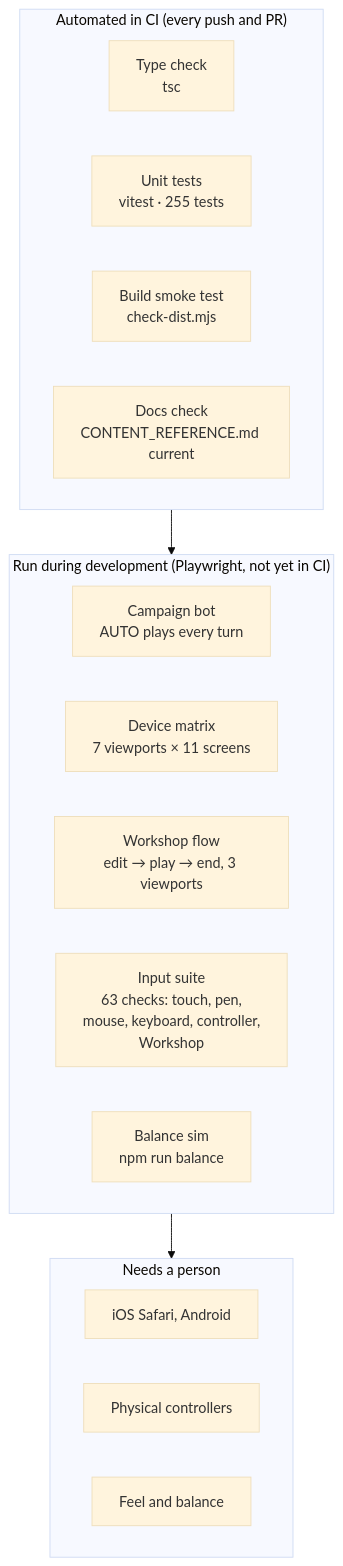
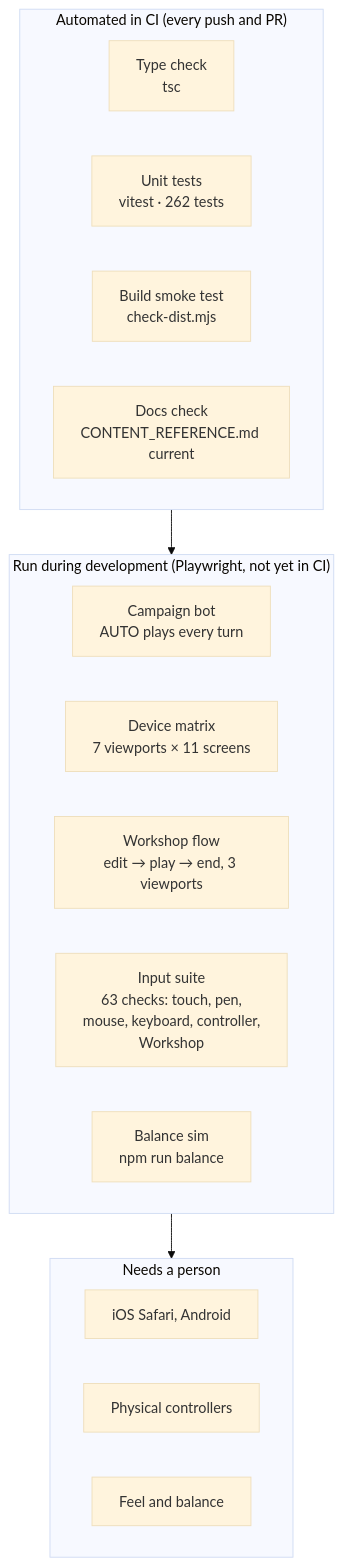
The diagram in docs/TESTING.md (CptNope/Chess-RPG-Tactics), drawn with Mermaid (base theme) before and after one commit. The commit also changed other lines of this file and 19 other files, not shown here.

````diff
--- a/docs/TESTING.md
+++ b/docs/TESTING.md
@@ -9,22 +9,22 @@
 ```mermaid
 flowchart TB
     subgraph Auto["Automated in CI (every push and PR)"]
         T1["Type check<br/>tsc"]
-        T2["Unit tests<br/>vitest · 255 tests"]
+        T2["Unit tests<br/>vitest · 262 tests"]
         T3["Build smoke test<br/>check-dist.mjs"]
         T4["Docs check<br/>CONTENT_REFERENCE.md current"]
     end
     subgraph Dev["Run during development (Playwright, not yet in CI)"]
         P1["Campaign bot<br/>AUTO plays every turn"]
         P2["Device matrix<br/>7 viewports × 11 screens"]
         P4["Workshop flow<br/>edit → play → end, 3 viewports"]
         P3["Input suite<br/>63 checks: touch, pen,<br/>mouse, keyboard, controller,<br/>Workshop"]
         P5["Balance sim<br/>npm run balance"]
     end
     subgraph Human["Needs a person"]
         H1["iOS Safari, Android"]
         H2["Physical controllers"]
         H3["Feel and balance"]
     end
     Auto --> Dev --> Human
 ```
````
